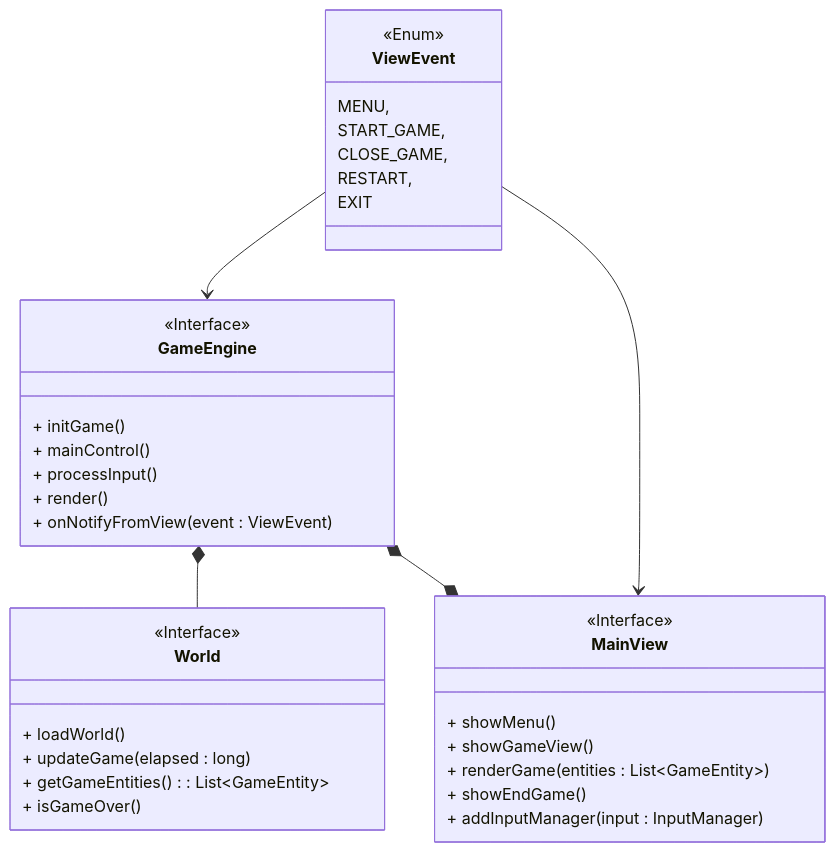
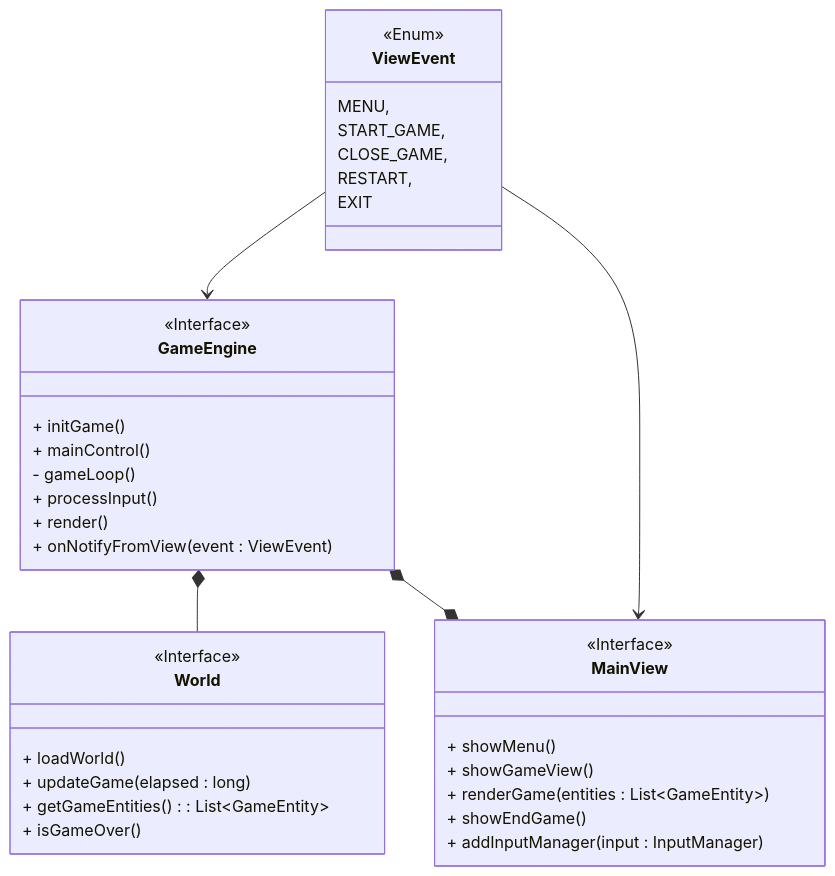
Before and after one commit to unibo-oop-projects/OOP23-FilippoMassariFilippoMassari6studio-MatteoBagnolini-FilippoMassari-SaadElMaliki-Matteo-SUPSON: the second of 10 diagrams in report.md, drawn with Mermaid. The commit also changed other lines of this file, not shown here.

````diff
--- a/report.md
+++ b/report.md
@@ -98,44 +98,45 @@
 ```mermaid
 classDiagram
 
     class GameEngine {
         <<Interface>>
         + initGame()
         + mainControl()
+        - gameLoop()
         + processInput()
         + render()
         + onNotifyFromView(event : ViewEvent)
     }
 
     class World {
         <<Interface>>
         + loadWorld()
         + updateGame(elapsed : long)
         + getGameEntities() : List~GameEntity~
         + isGameOver()
     }
 
     class MainView {
         <<Interface>>
         + showMenu()
         + showGameView()
         + renderGame(entities : List~GameEntity~)
         + showEndGame()
         + addInputManager(input : InputManager)
     }
 
     class ViewEvent {
         <<Enum>>
         MENU,
         START_GAME,
         CLOSE_GAME,
         RESTART,
         EXIT
     }
 
     GameEngine *-- World
     GameEngine *--* MainView
     ViewEvent --> GameEngine
     ViewEvent --> MainView
 
 ```
````
